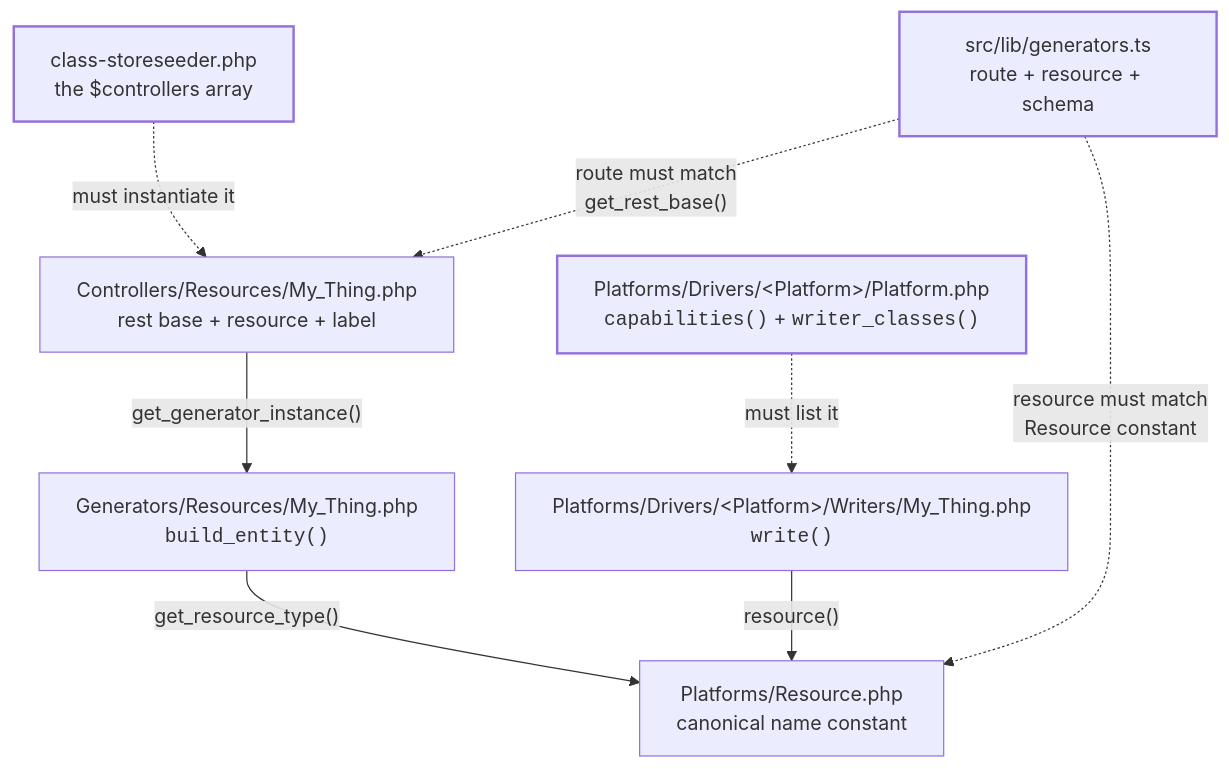
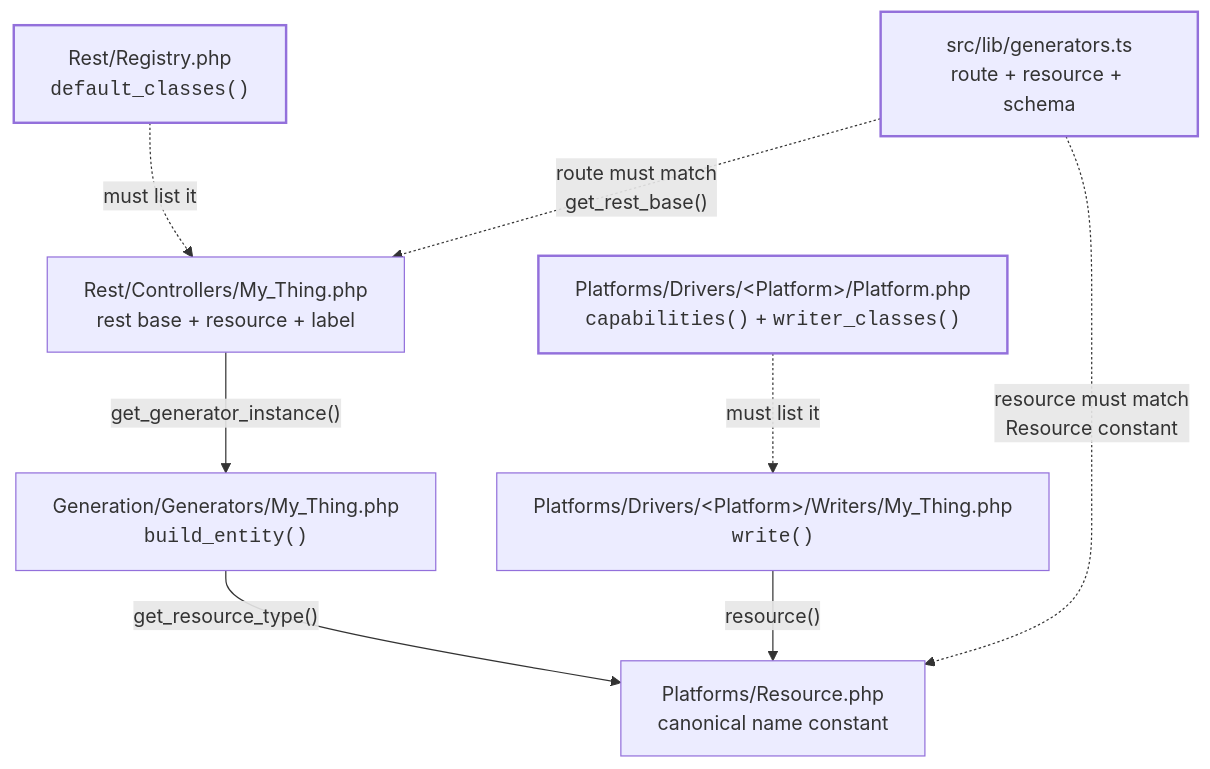
One commit to mralaminahamed/storeseeder changed the first of 2 diagrams in docs/development.md. Above: the diagram before and after it, drawn with Mermaid. The commit also changed other lines of this file and 5 other files, not shown here.

````diff
--- a/docs/development.md
+++ b/docs/development.md
@@ -124,24 +124,24 @@
 ```mermaid
 flowchart TD
     RES["Platforms/Resource.php<br/>canonical name constant"]
 
-    GEN["Generators/Resources/My_Thing.php<br/><code>build_entity()</code>"]
+    GEN["Generation/Generators/My_Thing.php<br/><code>build_entity()</code>"]
     WR["Platforms/Drivers/&lt;Platform&gt;/Writers/My_Thing.php<br/><code>write()</code>"]
 
     DRV["Platforms/Drivers/&lt;Platform&gt;/Platform.php<br/><code>capabilities()</code> + <code>writer_classes()</code>"]
-    CTRL["Controllers/Resources/My_Thing.php<br/>rest base + resource + label"]
-    BOOT["class-storeseeder.php<br/>the $controllers array"]
+    CTRL["Rest/Controllers/My_Thing.php<br/>rest base + resource + label"]
+    REG["Rest/Registry.php<br/><code>default_classes()</code>"]
     TS["src/lib/generators.ts<br/>route + resource + schema"]
 
     GEN -->|"get_resource_type()"| RES
     WR -->|"resource()"| RES
     CTRL -->|"get_generator_instance()"| GEN
     DRV -.->|"must list it"| WR
-    BOOT -.->|"must instantiate it"| CTRL
+    REG -.->|"must list it"| CTRL
     TS -.->|"route must match<br/>get_rest_base()"| CTRL
     TS -.->|"resource must match<br/>Resource constant"| RES
 
     style DRV stroke-width:2px
-    style BOOT stroke-width:2px
+    style REG stroke-width:2px
     style TS stroke-width:2px
 ```
````
